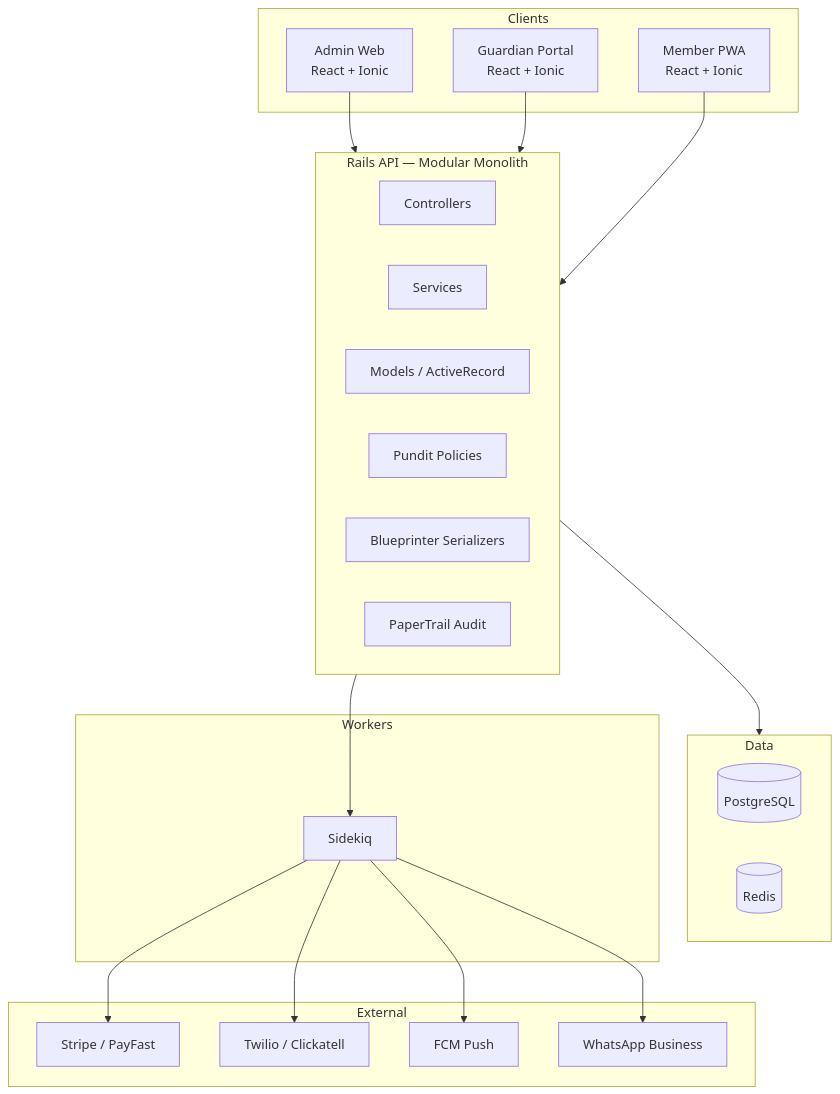
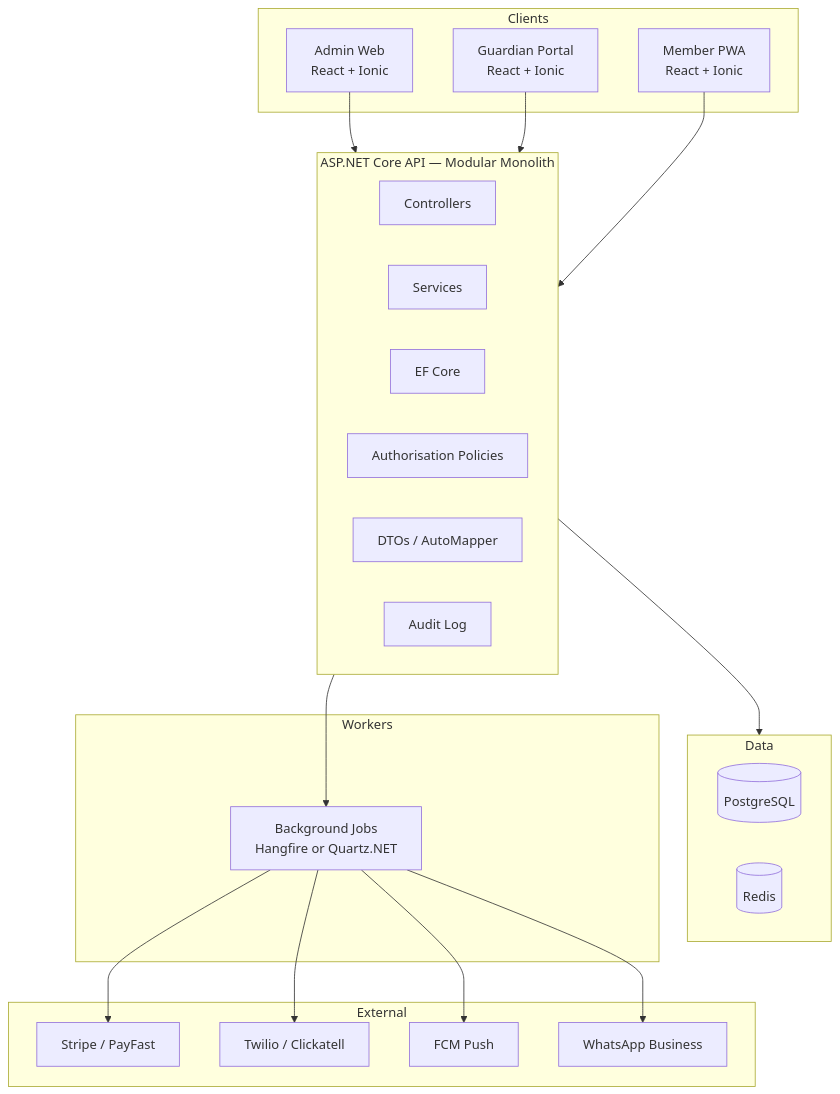
One commit to AnaPule/Gym-management changed the diagram in readme.md. Above: the diagram before and after it, drawn with Mermaid. The commit also changed other lines of this file and 1 other file, not shown here.

First line of the commit message:
docs: replace Rails README with .NET stack

````diff
--- a/readme.md
+++ b/readme.md
@@ -36,43 +40,43 @@
 ```mermaid
 flowchart TB
     subgraph Clients
         A[Admin Web<br/>React + Ionic]
         B[Guardian Portal<br/>React + Ionic]
         C[Member PWA<br/>React + Ionic]
     end
 
-    subgraph API[Rails API — Modular Monolith]
+    subgraph API[ASP.NET Core API — Modular Monolith]
         D[Controllers]
         E[Services]
-        F[Models / ActiveRecord]
-        G[Pundit Policies]
-        H[Blueprinter Serializers]
-        I[PaperTrail Audit]
+        F[EF Core]
+        G[Authorisation Policies]
+        H[DTOs / AutoMapper]
+        I[Audit Log]
     end
 
     subgraph Data
         J[(PostgreSQL)]
         K[(Redis)]
     end
 
     subgraph Workers
-        L[Sidekiq]
+        L[Background Jobs<br/>Hangfire or Quartz.NET]
     end
 
     subgraph External
         M[Stripe / PayFast]
         N[Twilio / Clickatell]
         O[FCM Push]
         P[WhatsApp Business]
     end
 
     A --> API
     B --> API
     C --> API
     API --> Data
     API --> L
     L --> M
     L --> N
     L --> O
     L --> P
 ```
````
